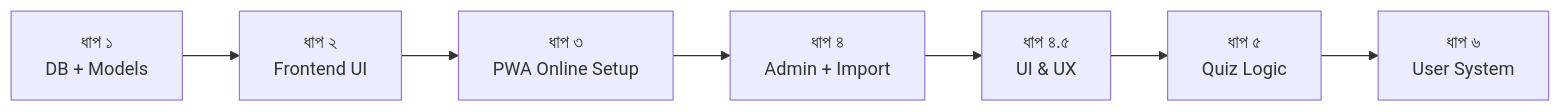
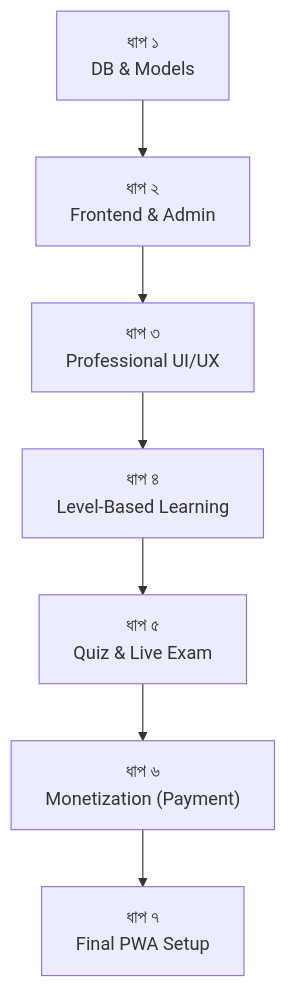
Before and after one commit to Tauhid219/PwaPractice: the diagram in docs/quiz-app-roadmap.md, drawn with Mermaid. The commit also changed other lines of this file and 25 other files, not shown here.

Commit message:
feat: phase 3 professional UI/UX updates and phase 4 level system DB setup

````diff
--- a/docs/quiz-app-roadmap.md
+++ b/docs/quiz-app-roadmap.md
@@ -125,9 +125,9 @@
 ```mermaid
-graph LR
-    A["ধাপ ১<br>DB + Models"] --> B["ধাপ ২<br>Frontend UI"]
-    B --> C["ধাপ ৩<br>PWA Online Setup"]
-    C --> D["ধাপ ৪<br>Admin + Import"]
-    D --> D2["ধাপ ৪.৫<br>UI & UX"]
-    D2 --> E["ধাপ ৫<br>Quiz Logic"]
-    E --> F["ধাপ ৬<br>User System"]
+graph TD
+    A["ধাপ ১<br>DB & Models"] --> B["ধাপ ২<br>Frontend & Admin"]
+    B --> C["ধাপ ৩<br>Professional UI/UX"]
+    C --> D["ধাপ ৪<br>Level-Based Learning"]
+    D --> E["ধাপ ৫<br>Quiz & Live Exam"]
+    E --> F["ধাপ ৬<br>Monetization (Payment)"]
+    F --> G["ধাপ ৭<br>Final PWA Setup"]
 ```
````
